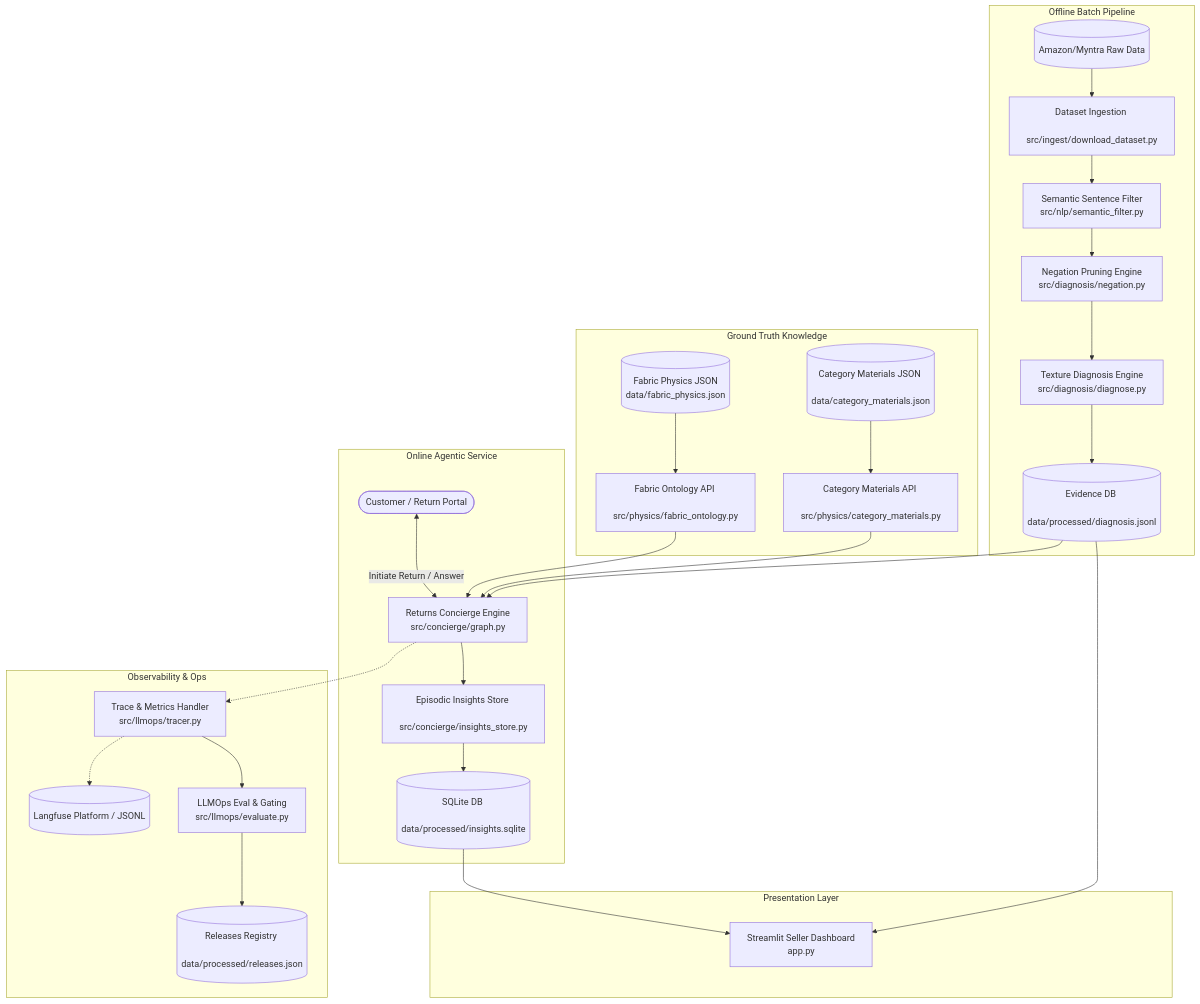
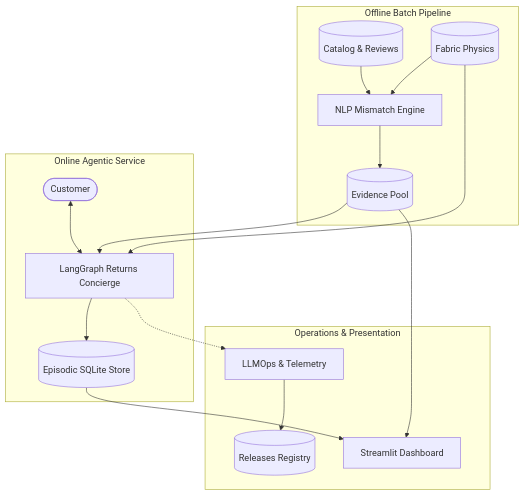
One commit to addy9051/True-texture-detector-AI-system changed the first of 3 diagrams in docs/01_system_architecture.md. Above: the diagram before and after it, drawn with Mermaid. The commit also changed other lines of this file and 7 other files, not shown here.

Commit message:
docs: add comprehensive system documentation for architecture, LLMOps, pipeline operations, and developer guides.

````diff
--- a/docs/01_system_architecture.md
+++ b/docs/01_system_architecture.md
@@ -7,36 +7,22 @@
 ```mermaid
-flowchart TB
+flowchart TD
     subgraph Offline Batch Pipeline
-        RawData[(Amazon/Myntra Raw Data)] --> Ingest[Dataset Ingestion <br/> src/ingest/download_dataset.py]
-        Ingest --> Filter[Semantic Sentence Filter <br/> src/nlp/semantic_filter.py]
-        Filter --> Negation[Negation Pruning Engine <br/> src/diagnosis/negation.py]
-        Negation --> Diagnosis[Texture Diagnosis Engine <br/> src/diagnosis/diagnose.py]
-        Diagnosis --> EvidencePool[(Evidence DB <br/> data/processed/diagnosis.jsonl)]
-    end
-
-    subgraph Ground Truth Knowledge
-        Physics[(Fabric Physics JSON <br/> data/fabric_physics.json)] --> Ontology[Fabric Ontology API <br/> src/physics/fabric_ontology.py]
-        Priors[(Category Materials JSON <br/> data/category_materials.json)] --> CatMaterials[Category Materials API <br/> src/physics/category_materials.py]
+        RawData[(Catalog & Reviews)] --> NLP[NLP Mismatch Engine]
+        Physics[(Fabric Physics)] --> NLP
+        NLP --> EvidencePool[(Evidence Pool)]
     end
 
     subgraph Online Agentic Service
-        User([Customer / Return Portal]) <-->|Initiate Return / Answer| Concierge[Returns Concierge Engine <br/> src/concierge/graph.py]
-        Ontology --> Concierge
-        CatMaterials --> Concierge
+        Customer([Customer]) <--> Concierge[LangGraph Returns Concierge]
+        Physics --> Concierge
         EvidencePool --> Concierge
-        Concierge --> Store[Episodic Insights Store <br/> src/concierge/insights_store.py]
-        Store --> SQLite[(SQLite DB <br/> data/processed/insights.sqlite)]
+        Concierge --> SQLite[(Episodic SQLite Store)]
     end
 
-    subgraph Observability & Ops
-        Concierge -.-> Tracer[Trace & Metrics Handler <br/> src/llmops/tracer.py]
-        Tracer -.-> Langfuse[(Langfuse Platform / JSONL)]
-        Tracer --> Evals[LLMOps Eval & Gating <br/> src/llmops/evaluate.py]
-        Evals --> Releases[(Releases Registry <br/> data/processed/releases.json)]
-    end
-
-    subgraph Presentation Layer
-        SQLite --> Dashboard[Streamlit Seller Dashboard <br/> app.py]
+    subgraph Operations & Presentation
+        Concierge -.-> LLMOps[LLMOps & Telemetry]
+        LLMOps --> Releases[(Releases Registry)]
+        SQLite --> Dashboard[Streamlit Dashboard]
         EvidencePool --> Dashboard
     end
 ```
````
